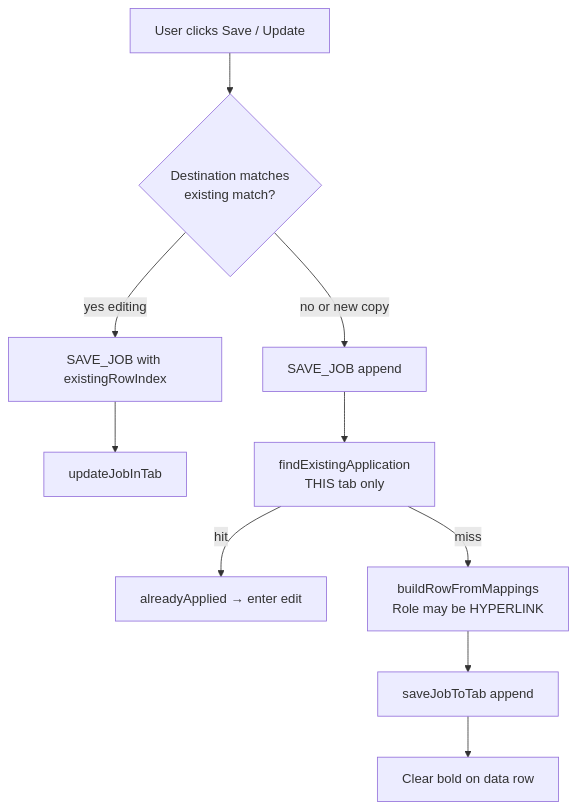
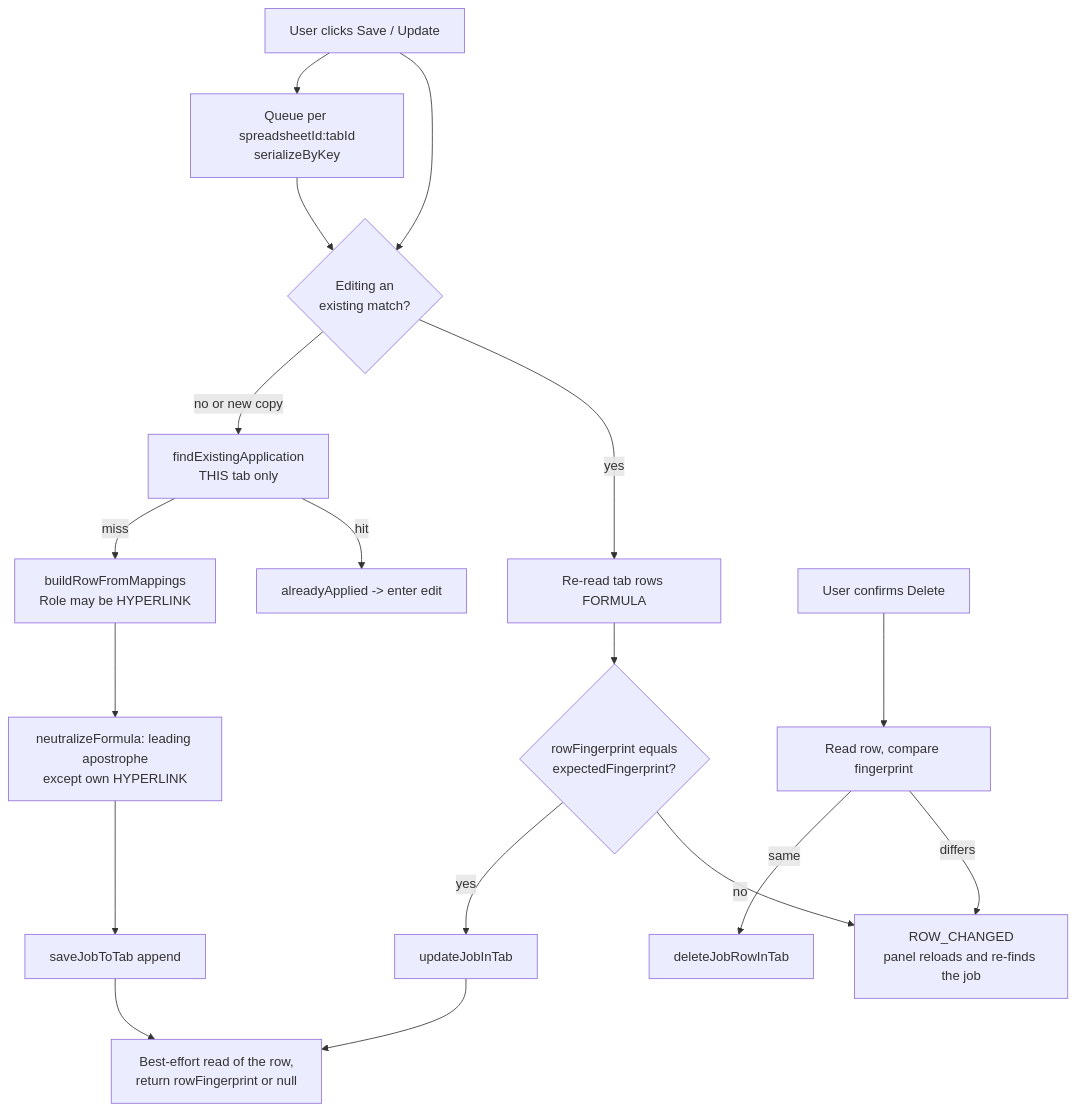
One commit to jayshah2005/JobTracker changed the fifth of 9 diagrams in diagrams/architecture.md. Above: the diagram before and after it, drawn with Mermaid. The commit also changed other lines of this file and 72 other files, not shown here.

````diff
--- a/diagrams/architecture.md
+++ b/diagrams/architecture.md
@@ -177,15 +194,24 @@
 ```mermaid
 flowchart TB
-  save[User clicks Save / Update] --> dest{Destination matches<br/>existing match?}
+  save[User clicks Save / Update] --> dest{Editing an<br/>existing match?}
 
-  dest -->|yes editing| update[SAVE_JOB with existingRowIndex]
-  update --> put[updateJobInTab]
+  save --> q[Queue per spreadsheetId:tabId<br/>serializeByKey]
+  q --> dest
 
-  dest -->|no or new copy| append[SAVE_JOB append]
-  append --> dupe[findExistingApplication<br/>THIS tab only]
+  dest -->|yes| read[Re-read tab rows FORMULA]
+  read --> fp{rowFingerprint equals<br/>expectedFingerprint?}
+  fp -->|no| changed[ROW_CHANGED<br/>panel reloads and re-finds the job]
+  fp -->|yes| put[updateJobInTab]
+  put --> newfp[Best-effort read of the row,<br/>return rowFingerprint or null]
 
-  dupe -->|hit| block[alreadyApplied → enter edit]
+  dest -->|no or new copy| dupe[findExistingApplication<br/>THIS tab only]
+  dupe -->|hit| block[alreadyApplied -> enter edit]
   dupe -->|miss| build[buildRowFromMappings<br/>Role may be HYPERLINK]
-  build --> write[saveJobToTab append]
-  write --> unbold[Clear bold on data row]
+  build --> esc[neutralizeFormula: leading apostrophe<br/>except own HYPERLINK]
+  esc --> write[saveJobToTab append]
+  write --> newfp
+
+  del[User confirms Delete] --> dfp[Read row, compare fingerprint]
+  dfp -->|differs| changed
+  dfp -->|same| rm[deleteJobRowInTab]
 ```
````
